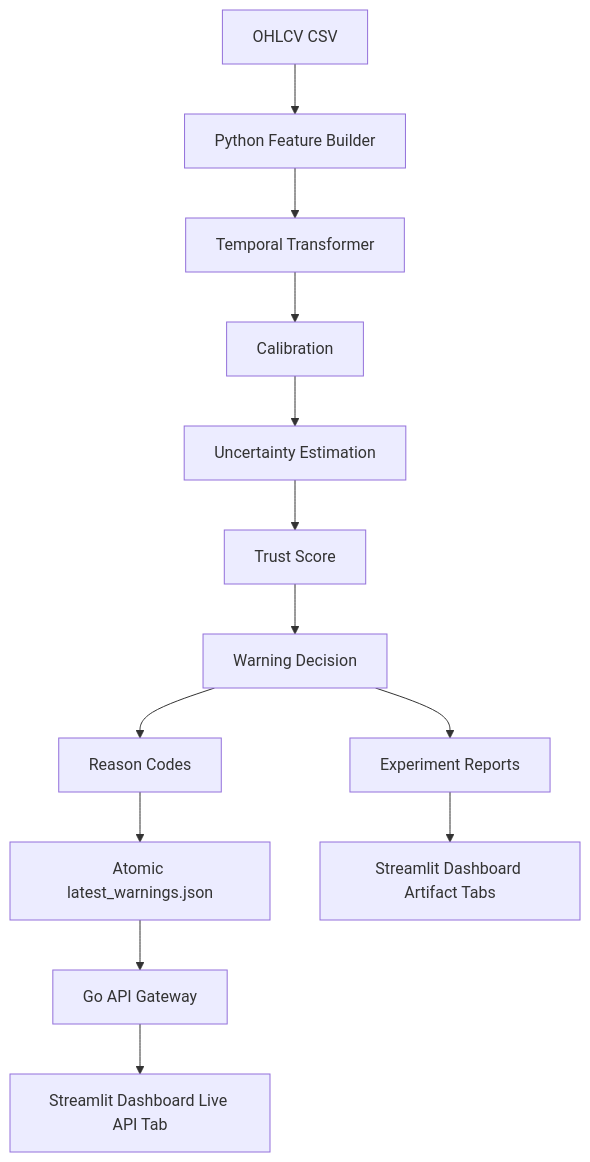
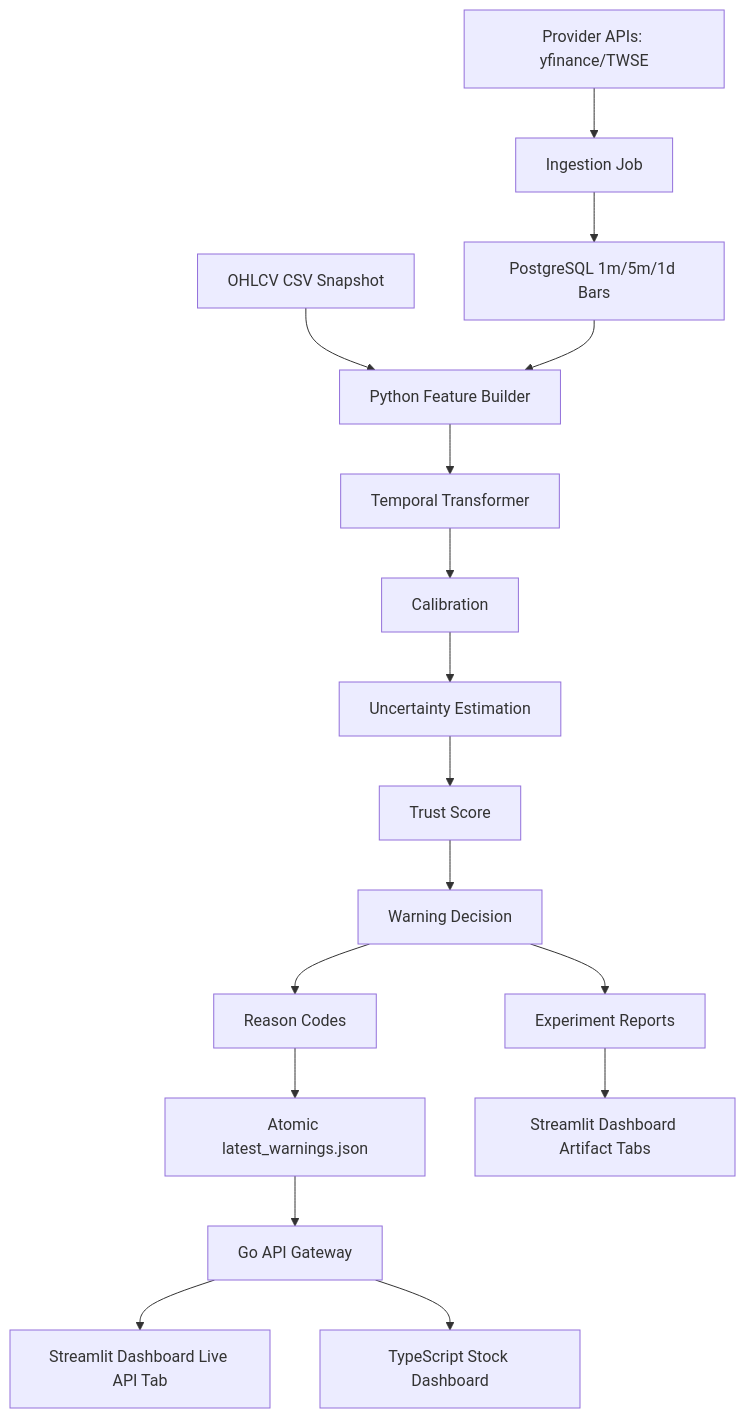
The diagram in docs/architecture.md (KageRyo/trustworthy-stock-intelligence), drawn with Mermaid before and after one commit. The commit also changed other lines of this file and 9 other files, not shown here.

````diff
--- a/docs/architecture.md
+++ b/docs/architecture.md
@@ -6,15 +6,19 @@
 ```mermaid
 flowchart TD
-    A[OHLCV CSV] --> B[Python Feature Builder]
+    P[Provider APIs: yfinance/TWSE] --> Q[Ingestion Job]
+    Q --> R[PostgreSQL 1m/5m/1d Bars]
+    A[OHLCV CSV Snapshot] --> B[Python Feature Builder]
+    R --> B
     B --> C[Temporal Transformer]
     C --> D[Calibration]
     D --> E[Uncertainty Estimation]
     E --> F[Trust Score]
     F --> G[Warning Decision]
     G --> H[Reason Codes]
     H --> I[Atomic latest_warnings.json]
     I --> J[Go API Gateway]
     J --> K[Streamlit Dashboard Live API Tab]
+    J --> N[TypeScript Stock Dashboard]
     G --> L[Experiment Reports]
     L --> M[Streamlit Dashboard Artifact Tabs]
 ```
````
